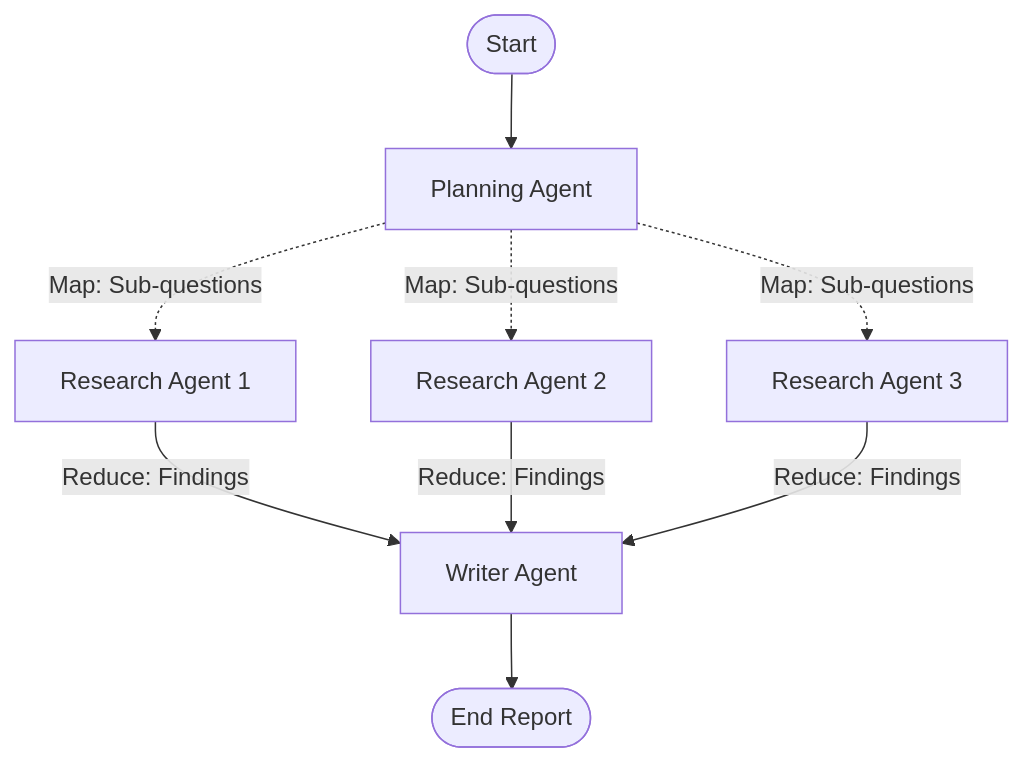
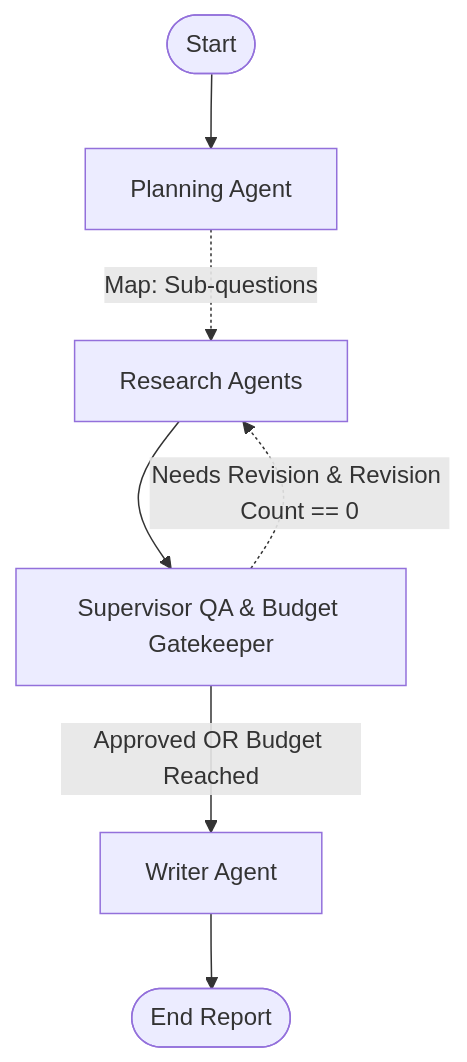
The diagram in README.md (19165/re-nous), drawn with Mermaid before and after one commit. The commit also changed other lines of this file and 2 other files, not shown here.

First line of the commit message:
feat(cli): add budget flags, supervisor test suite, and update documentation

````diff
--- a/README.md
+++ b/README.md
@@ -15,11 +16,9 @@
 ```mermaid
 graph TD
     Start([Start]) --> Planner[Planning Agent]
-    Planner -.->|Map: Sub-questions| Researcher1[Research Agent 1]
-    Planner -.->|Map: Sub-questions| Researcher2[Research Agent 2]
-    Planner -.->|Map: Sub-questions| Researcher3[Research Agent 3]
-    Researcher1 -->|Reduce: Findings| Writer[Writer Agent]
-    Researcher2 -->|Reduce: Findings| Writer
-    Researcher3 -->|Reduce: Findings| Writer
+    Planner -.->|Map: Sub-questions| Researchers[Research Agents]
+    Researchers --> Supervisor[Supervisor QA & Budget Gatekeeper]
+    Supervisor -.->|Needs Revision & Revision Count == 0| Researchers
+    Supervisor -->|Approved OR Budget Reached| Writer[Writer Agent]
     Writer --> End([End Report])
 ```
````
